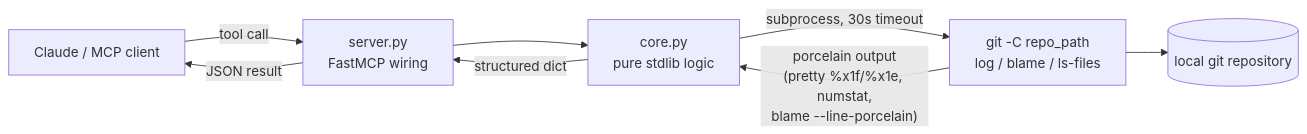
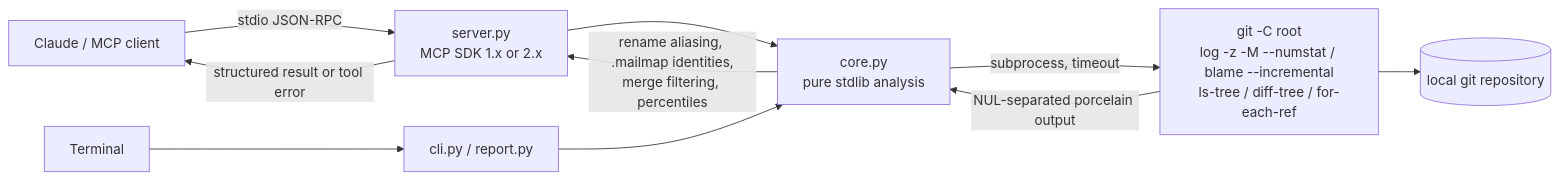
Before and after one commit to AleBrito124356/mcp-git-historian: the diagram in README.md, drawn with Mermaid. The commit also changed other lines of this file and 3 other files, not shown here.

````diff
--- a/README.md
+++ b/README.md
@@ -32,10 +182,12 @@
 ```mermaid
 flowchart LR
-    A[Claude / MCP client] -->|tool call| B[server.py<br/>FastMCP wiring]
-    B --> C[core.py<br/>pure stdlib logic]
-    C -->|subprocess, 30s timeout| D[git -C repo_path<br/>log / blame / ls-files]
+    A[Claude / MCP client] -->|stdio JSON-RPC| B[server.py<br/>MCP SDK 1.x or 2.x]
+    T[Terminal] --> CLI[cli.py / report.py]
+    B --> C[core.py<br/>pure stdlib analysis]
+    CLI --> C
+    C -->|subprocess, timeout| D[git -C root<br/>log -z -M --numstat / blame --incremental<br/>ls-tree / diff-tree / for-each-ref]
     D --> E[(local git repository)]
-    D -->|"porcelain output<br/>(pretty %x1f/%x1e, numstat,<br/>blame --line-porcelain)"| C
-    C -->|structured dict| B
-    B -->|JSON result| A
+    D -->|NUL-separated porcelain output| C
+    C -->|rename aliasing, .mailmap identities,<br/>merge filtering, percentiles| B
+    B -->|structured result or tool error| A
 ```
````
